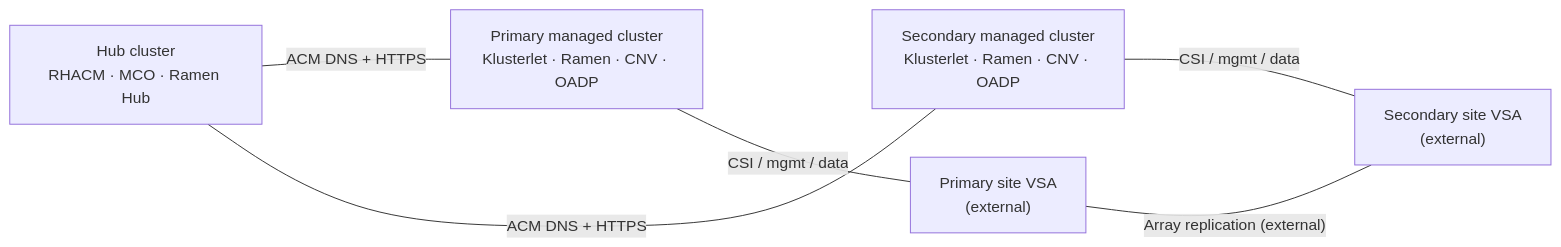
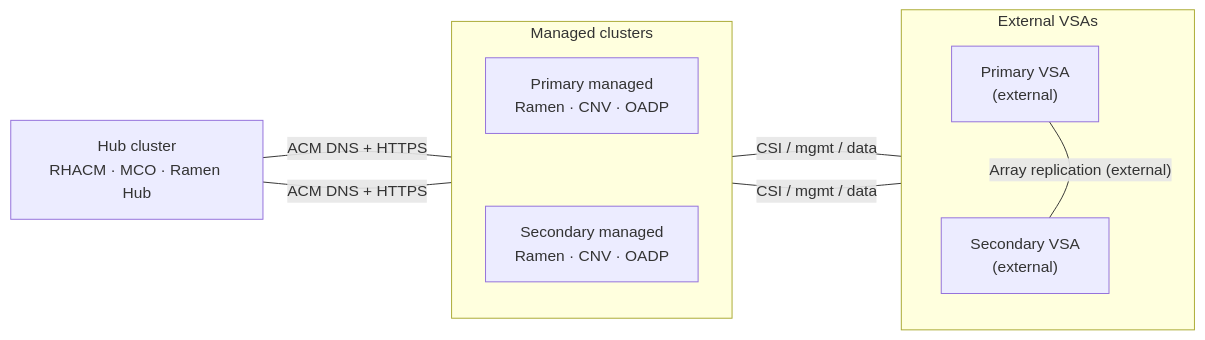
One commit to OAharoni-RedHat/ramendr-starter-kit changed the fifth of 5 diagrams in docs/ramendr-hub-managed-connectivity.md. Above: the diagram before and after it, drawn with Mermaid.

Commit message:
Try yet another mermaid layout

````diff
--- a/docs/ramendr-hub-managed-connectivity.md
+++ b/docs/ramendr-hub-managed-connectivity.md
@@ -95,18 +95,24 @@
 ```mermaid
 flowchart LR
   Hub["Hub cluster<br/>RHACM · MCO · Ramen Hub"]
 
-  Primary["Primary managed cluster<br/>Klusterlet · Ramen · CNV · OADP"]
-  Secondary["Secondary managed cluster<br/>Klusterlet · Ramen · CNV · OADP"]
-  VSA1["Primary site VSA<br/>(external)"]
-  VSA2["Secondary site VSA<br/>(external)"]
+  subgraph managedClusters["Managed clusters"]
+    direction TB
+    Primary["Primary managed<br/>Ramen · CNV · OADP"]
+    Secondary["Secondary managed<br/>Ramen · CNV · OADP"]
+    Primary ~~~ Secondary
+  end
 
-  Primary ~~~ Secondary
-  VSA1 ~~~ VSA2
+  subgraph externalVSAs["External VSAs"]
+    direction TB
+    VSA1["Primary VSA<br/>(external)"]
+    VSA2["Secondary VSA<br/>(external)"]
+    VSA1 ~~~ VSA2
+  end
 
   Hub ---|"ACM DNS + HTTPS"| Primary
   Hub ---|"ACM DNS + HTTPS"| Secondary
   Primary ---|"CSI / mgmt / data"| VSA1
   Secondary ---|"CSI / mgmt / data"| VSA2
   VSA1 ---|"Array replication (external)"| VSA2
 ```
````
